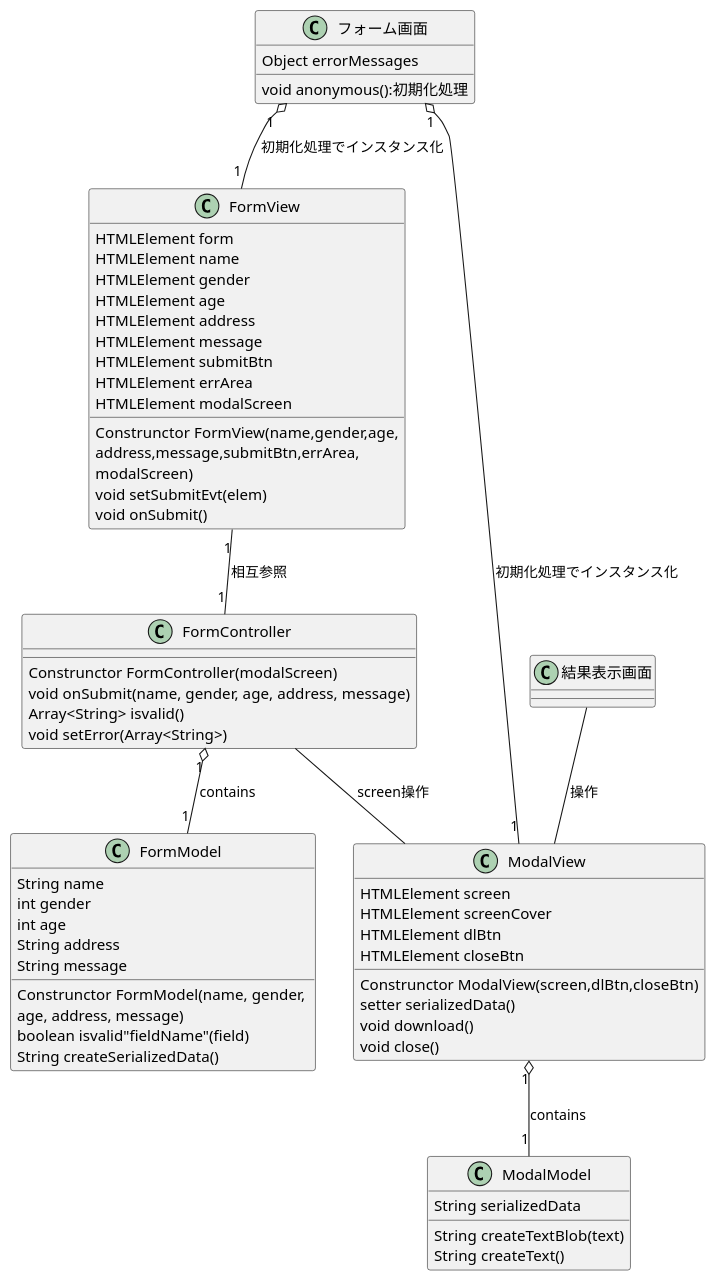
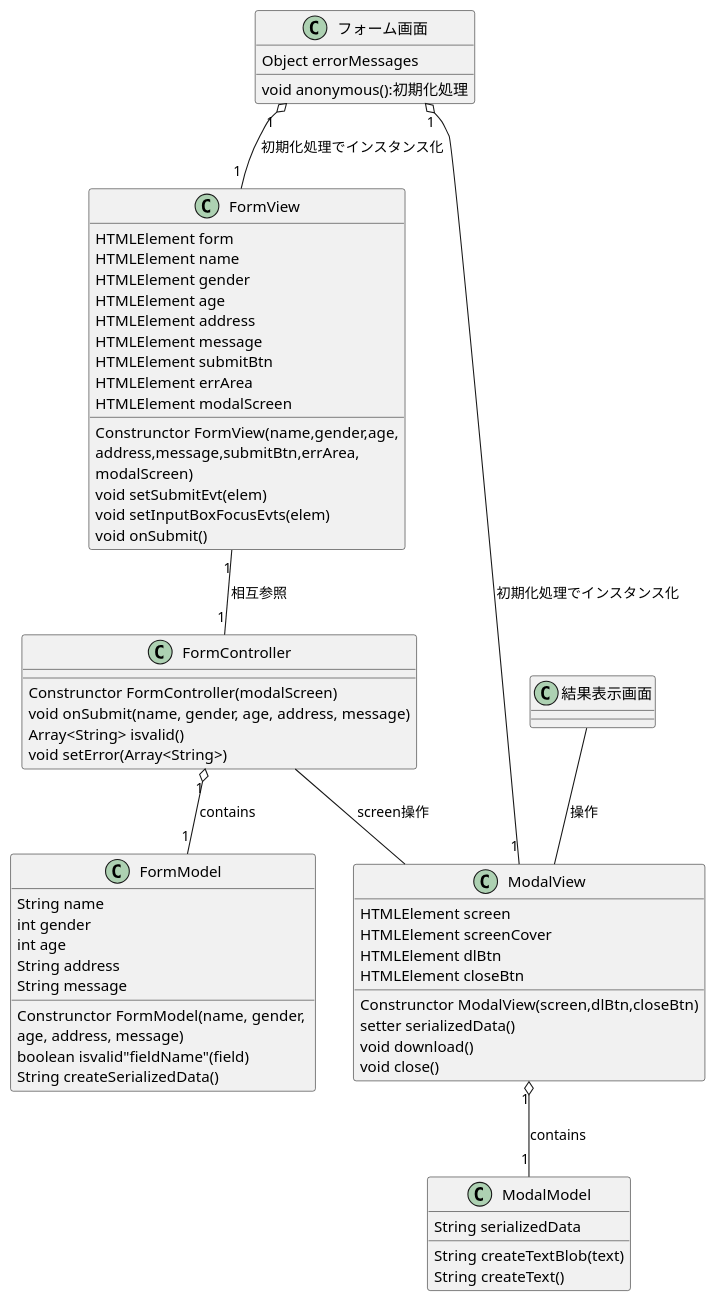
The diagram in docs/class/class.pu (dede-20191130/send-contact-form), drawn with PlantUML before and after one commit. The commit also changed 10 other files, not shown here.

```diff
--- a/docs/class/class.pu
+++ b/docs/class/class.pu
@@ -2,68 +2,69 @@
 @startuml class diagram
 class "フォーム画面" as fmSc{
     Object errorMessages
     void anonymous():初期化処理
 }
 class "FormView" as fv{
     HTMLElement form
     HTMLElement name
     HTMLElement gender
     HTMLElement age
     HTMLElement address
     HTMLElement message
     HTMLElement submitBtn
     HTMLElement errArea
     HTMLElement modalScreen
     Construnctor FormView(name,gender,age,\naddress,message,submitBtn,errArea,\nmodalScreen)
     void setSubmitEvt(elem)
+    void setInputBoxFocusEvts(elem)
     void onSubmit()
 }
 class "FormController" as fc{
     Construnctor FormController(modalScreen)
     void onSubmit(name, gender, age, address, message)
     Array<String> isvalid()
     void setError(Array<String>)
 }
 class "FormModel" as fm{
     String name
     int gender
     int age
     String address
     String message
     Construnctor FormModel(name, gender, \nage, address, message)
     boolean isvalid"fieldName"(field)
     String createSerializedData()
 }
 class "結果表示画面" as rsltSc{
 }
 class "ModalView" as mv{
     HTMLElement screen
     HTMLElement screenCover
     HTMLElement dlBtn
     HTMLElement closeBtn
     Construnctor ModalView(screen,dlBtn,closeBtn)
     setter serializedData()
     void download()
     void close()
 }
 class "ModalModel" as mm{
     String serializedData
     String createTextBlob(text)
     String createText()
 }
 
 fmSc "1" o-- "1" fv  : 初期化処理でインスタンス化
 fv "1" -- "1" fc  : 相互参照
 fc "1" o-- "1" fm  : contains
 
 ' fmSc  -  rsltSc : モーダル画面表示
 rsltSc  -- mv   : 操作
 fmSc "1" o-- "1" mv  : 初期化処理でインスタンス化
 fc  -- mv   : screen操作
 mv  "1" o-- "1" mm : contains
 
 
 
 
 
 @enduml
```
